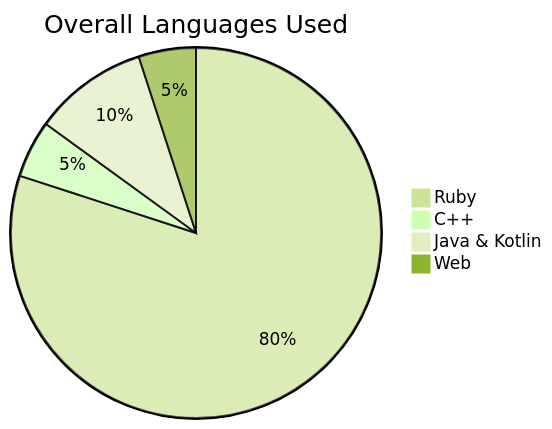
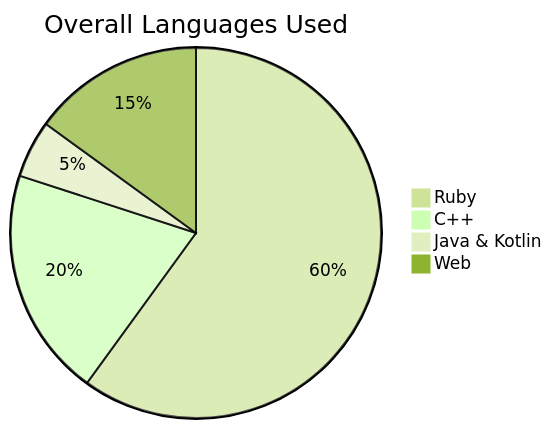
Before and after one commit to Ash-the-practical-programmer/Ash-the-practical-programmer: the diagram in README.md, drawn with Mermaid (forest theme). The commit also changed other lines of this file, not shown here.

````diff
--- a/README.md
+++ b/README.md
@@ -33,7 +34,7 @@
 ```mermaid
 pie title Overall Languages Used
-    "Ruby" : 80.00
-    "C++" : 5.00
-    "Java & Kotlin" : 10.00
-    "Web" :  5.00
+    "Ruby" : 60.00
+    "C++" : 20.00
+    "Java & Kotlin" : 5.00
+    "Web" :  15.00
 ```
````
